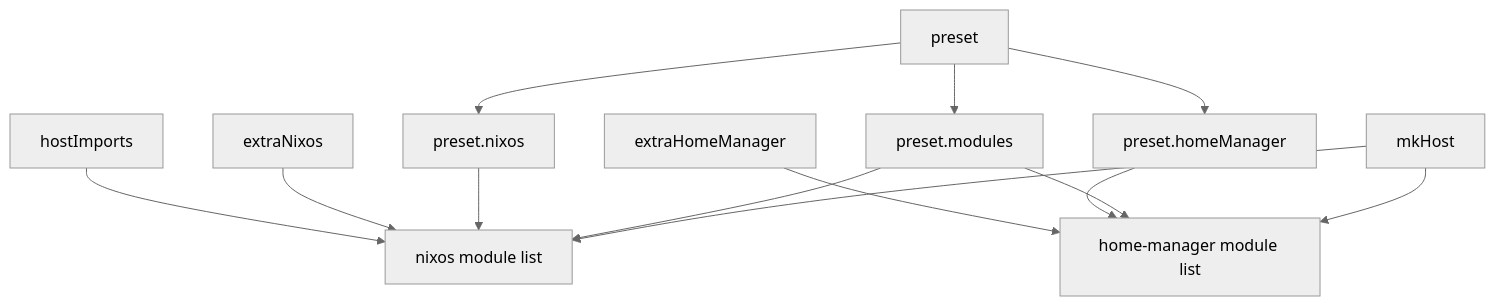
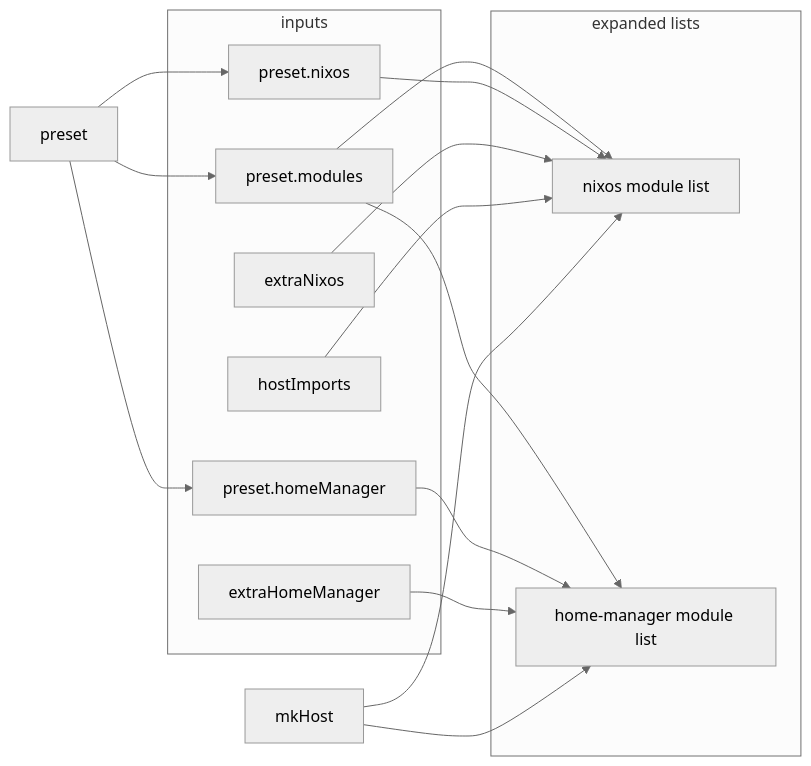
The second of 2 diagrams in README.md (fbosch/nixos), drawn with Mermaid (neutral theme) before and after one commit. The commit also changed other lines of this file, not shown here.

````diff
--- a/README.md
+++ b/README.md
@@ -77,31 +73,35 @@
 ```mermaid
-flowchart TD
+flowchart LR
   preset[preset]
   mkHost[mkHost]
 
-  presetModules[preset.modules]
-  presetNixos[preset.nixos]
-  presetHm[preset.homeManager]
-  extraNixos[extraNixos]
-  extraHm[extraHomeManager]
-  hostImports[hostImports]
+  subgraph inputs[inputs]
+    presetModules[preset.modules]
+    presetNixos[preset.nixos]
+    presetHm[preset.homeManager]
+    extraNixos[extraNixos]
+    extraHm[extraHomeManager]
+    hostImports[hostImports]
+  end
 
-  nixosModules[nixos module list]
-  hmModules[home-manager module list]
+  subgraph outputs[expanded lists]
+    nixosModules[nixos module list]
+    hmModules[home-manager module list]
+  end
 
   preset --> presetModules
   preset --> presetNixos
   preset --> presetHm
-
-  mkHost --> nixosModules
-  mkHost --> hmModules
 
   presetModules --> nixosModules
   presetNixos --> nixosModules
   extraNixos --> nixosModules
   hostImports --> nixosModules
 
   presetModules --> hmModules
   presetHm --> hmModules
   extraHm --> hmModules
+
+  mkHost --> nixosModules
+  mkHost --> hmModules
 ```
````
